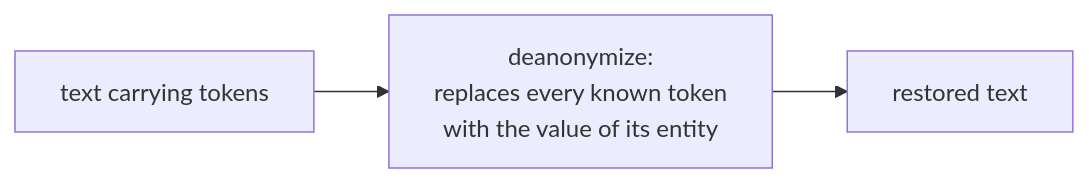
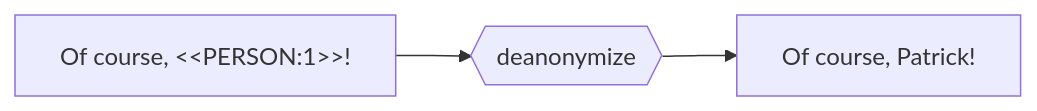
One commit to Athroniaeth/piighost changed the fourth of 4 diagrams in docs/en/conception.md. Above: the diagram before and after it, drawn with Mermaid. The commit also changed other lines of this file and 7 other files, not shown here.

First line of the commit message:
docs: smaller diagrams, one note per protection, an airier placeholder page

````diff
--- a/docs/en/conception.md
+++ b/docs/en/conception.md
@@ -213,4 +213,4 @@
 ```mermaid
 flowchart LR
-    IN["text carrying tokens"] --> D["deanonymize:\nreplaces every known token\nwith the value of its entity"] --> OUT["restored text"]
+    IN["Of course, #lt;#lt;PERSON:1#gt;#gt;!"] --> D{{"deanonymize"}} --> OUT["Of course, Patrick!"]
 ```
````
